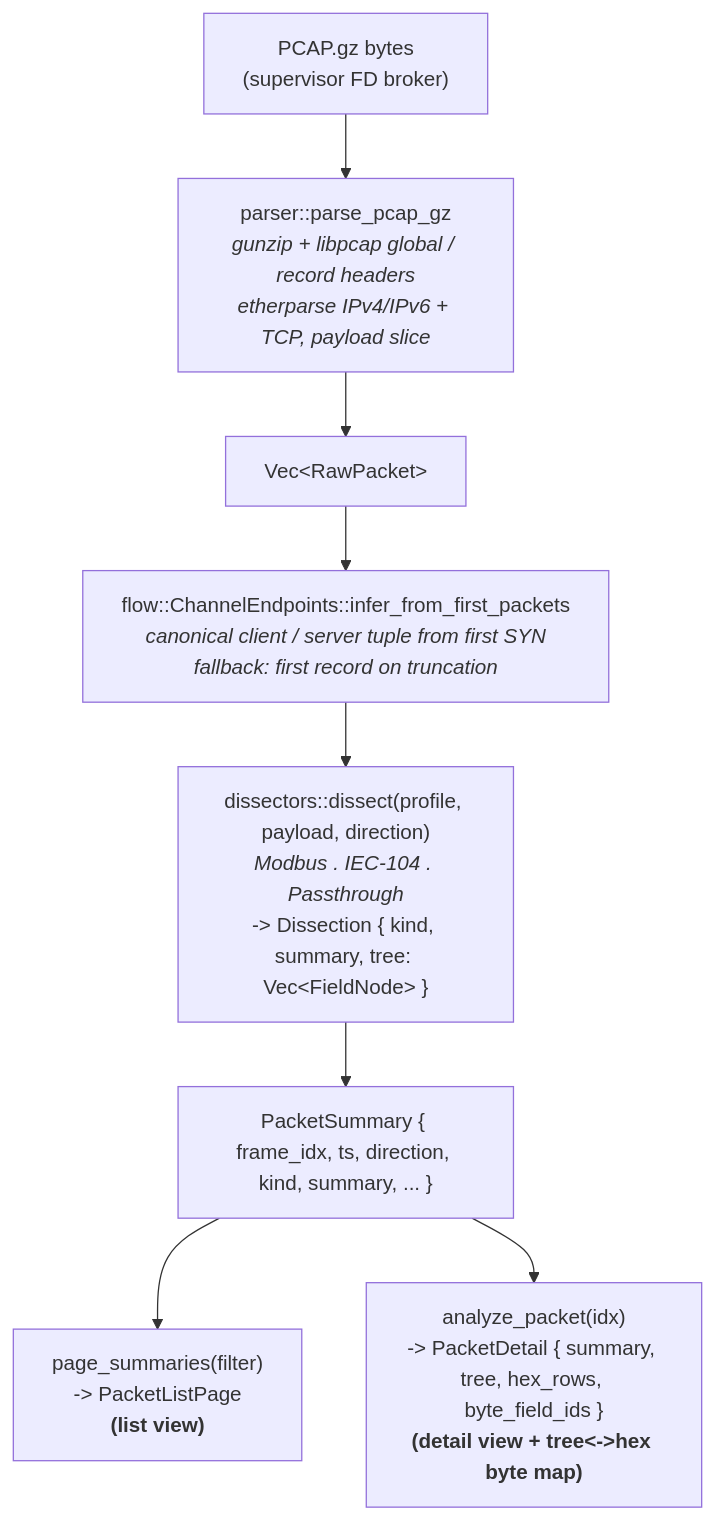
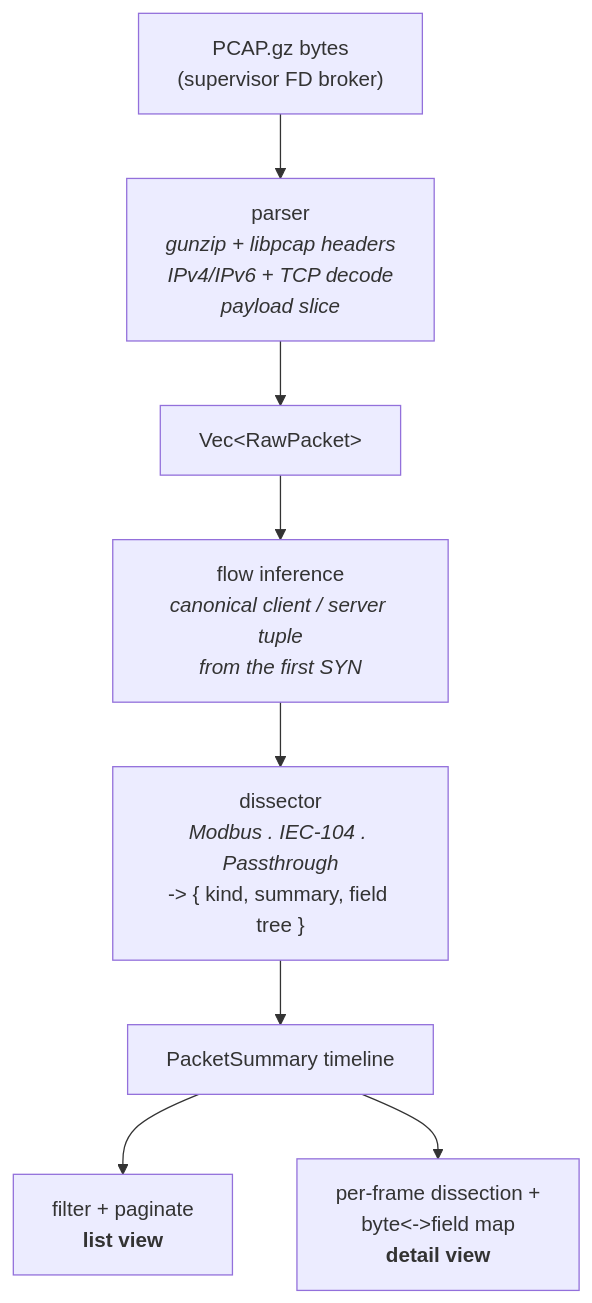
Before and after one commit to rbenaley/Vauban: the third of 3 diagrams in docs/technical/Vauban_IACS_Inspect_Capture_EN(1.0).md, drawn with Mermaid. The commit also changed other lines of this file, not shown here.

First line of the commit message:
docs(iacs-inspect): refocus 1.0 doc on architecture, align header style

````diff
--- a/docs/technical/Vauban_IACS_Inspect_Capture_EN(1.0).md
+++ b/docs/technical/Vauban_IACS_Inspect_Capture_EN(1.0).md
@@ -146,15 +163,15 @@
 ```mermaid
 flowchart TD
     Bytes["PCAP.gz bytes<br/>(supervisor FD broker)"]
-    Parse["parser::parse_pcap_gz<br/><i>gunzip + libpcap global / record headers<br/>etherparse IPv4/IPv6 + TCP, payload slice</i>"]
+    Parse["parser<br/><i>gunzip + libpcap headers<br/>IPv4/IPv6 + TCP decode<br/>payload slice</i>"]
     Raw["Vec&lt;RawPacket&gt;"]
-    Flow["flow::ChannelEndpoints::infer_from_first_packets<br/><i>canonical client / server tuple from first SYN<br/>fallback: first record on truncation</i>"]
-    Dis["dissectors::dissect(profile, payload, direction)<br/><i>Modbus . IEC-104 . Passthrough</i><br/>-> Dissection { kind, summary, tree: Vec&lt;FieldNode&gt; }"]
-    Sum["PacketSummary { frame_idx, ts, direction, kind, summary, ... }"]
-    Page["page_summaries(filter)<br/>-> PacketListPage<br/><b>(list view)</b>"]
-    Detail["analyze_packet(idx)<br/>-> PacketDetail { summary, tree, hex_rows, byte_field_ids }<br/><b>(detail view + tree&lt;-&gt;hex byte map)</b>"]
+    Flow["flow inference<br/><i>canonical client / server tuple<br/>from the first SYN</i>"]
+    Dis["dissector<br/><i>Modbus . IEC-104 . Passthrough</i><br/>-> { kind, summary, field tree }"]
+    Sum["PacketSummary timeline"]
+    Page["filter + paginate<br/><b>list view</b>"]
+    Detail["per-frame dissection +<br/>byte&lt;-&gt;field map<br/><b>detail view</b>"]
 
     Bytes --> Parse --> Raw --> Flow --> Dis --> Sum
     Sum --> Page
     Sum --> Detail
 ```
````
